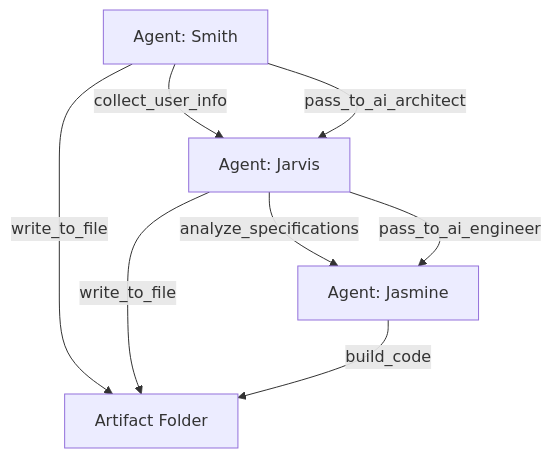
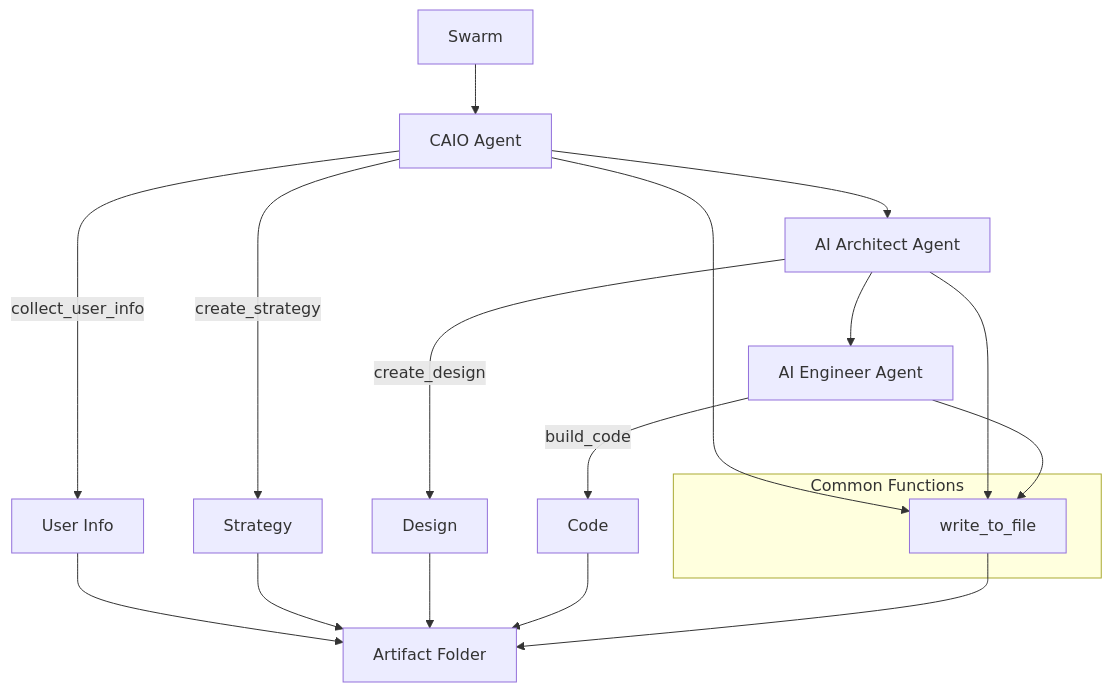
Before and after one commit to whitegloveai/caio-agent: the diagram in README.md, drawn with Mermaid. The commit also changed 4 other files, not shown here.

````diff
--- a/README.md
+++ b/README.md
@@ -5,10 +5,25 @@
 ```mermaid
 graph TD
-    A[Agent: Smith] -->|collect_user_info| B[Agent: Jarvis]
-    B -->|analyze_specifications| C[Agent: Jasmine]
-    A -->|pass_to_ai_architect| B
-    B -->|pass_to_ai_engineer| C
-    A -->|write_to_file| D[Artifact Folder]
-    B -->|write_to_file| D
-    C -->|build_code| D
+    A[Swarm] --> B[CAIO Agent]
+    B --> C[AI Architect Agent]
+    C --> D[AI Engineer Agent]
+
+    B -->|collect_user_info| E[User Info]
+    B -->|create_strategy| F[Strategy]
+    C -->|create_design| G[Design]
+    D -->|build_code| H[Code]
+
+    E --> I[Artifact Folder]
+    F --> I
+    G --> I
+    H --> I
+
+    subgraph Common Functions
+        J[write_to_file]
+    end
+
+    B --> J
+    C --> J
+    D --> J
+    J --> I
 ```
````
